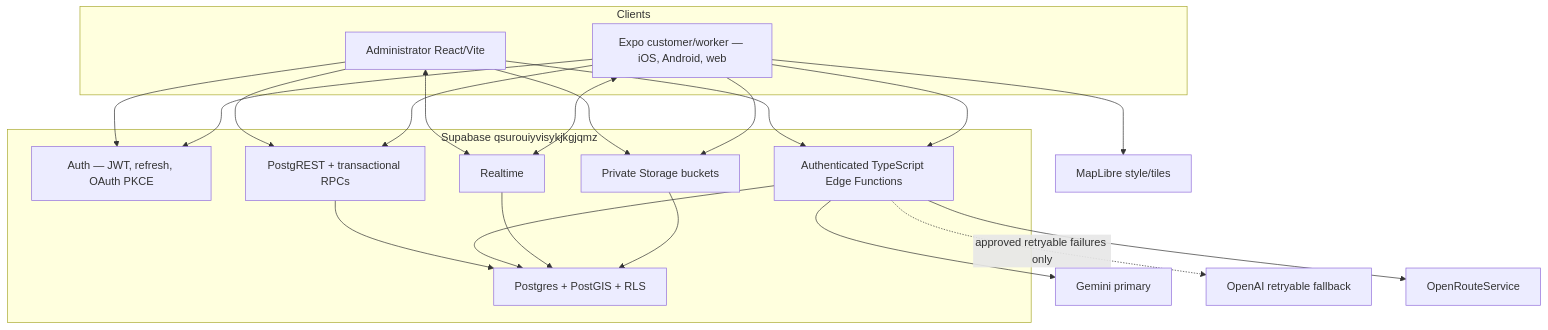
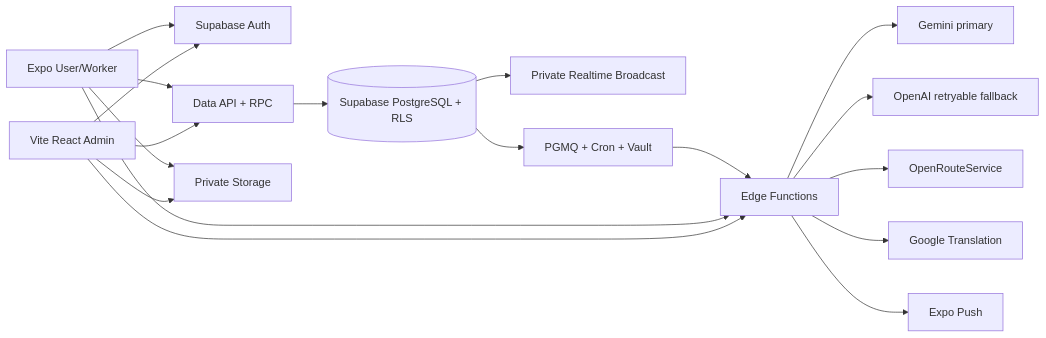
The diagram in SYSTEM_ARCHITECTURE.md (Vanitazsz/ayos-final), drawn with Mermaid before and after one commit. The commit also changed other lines of this file, not shown here.

Commit message:
sync: add SYSTEM_ARCHITECTURE.md

````diff
--- a/SYSTEM_ARCHITECTURE.md
+++ b/SYSTEM_ARCHITECTURE.md
@@ -5,38 +7,20 @@
 ```mermaid
-flowchart TB
-  subgraph Clients
-    A["Administrator React/Vite"]
-    E["Expo customer/worker — iOS, Android, web"]
-  end
-  subgraph Supabase["Supabase qsurouiyvisykjkgjqmz"]
-    Auth["Auth — JWT, refresh, OAuth PKCE"]
-    REST["PostgREST + transactional RPCs"]
-    Edge["Authenticated TypeScript Edge Functions"]
-    RT["Realtime"]
-    Storage["Private Storage buckets"]
-    DB["Postgres + PostGIS + RLS"]
-  end
-  Gemini["Gemini primary"]
-  OpenAI["OpenAI retryable fallback"]
-  ORS["OpenRouteService"]
-  Tiles["MapLibre style/tiles"]
-
-  A --> Auth
-  E --> Auth
-  A --> REST
-  E --> REST
-  A --> Edge
-  E --> Edge
-  A <--> RT
-  E <--> RT
-  A --> Storage
-  E --> Storage
-  REST --> DB
-  Edge --> DB
-  RT --> DB
-  Storage --> DB
-  Edge --> Gemini
-  Edge -. "approved retryable failures only" .-> OpenAI
-  Edge --> ORS
-  E --> Tiles
+flowchart LR
+  M["Expo User/Worker"] --> A["Supabase Auth"]
+  W["Vite React Admin"] --> A
+  M --> D["Data API + RPC"]
+  W --> D
+  D --> P[("Supabase PostgreSQL + RLS")]
+  M --> S["Private Storage"]
+  W --> S
+  P --> R["Private Realtime Broadcast"]
+  P --> Q["PGMQ + Cron + Vault"]
+  Q --> E["Edge Functions"]
+  M --> E
+  W --> E
+  E --> G["Gemini primary"]
+  E --> O["OpenAI retryable fallback"]
+  E --> ORS["OpenRouteService"]
+  E --> GT["Google Translation"]
+  E --> EP["Expo Push"]
 ```
````
